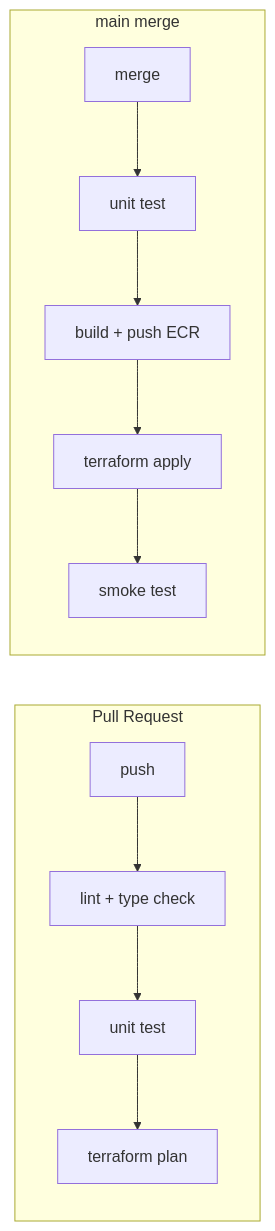
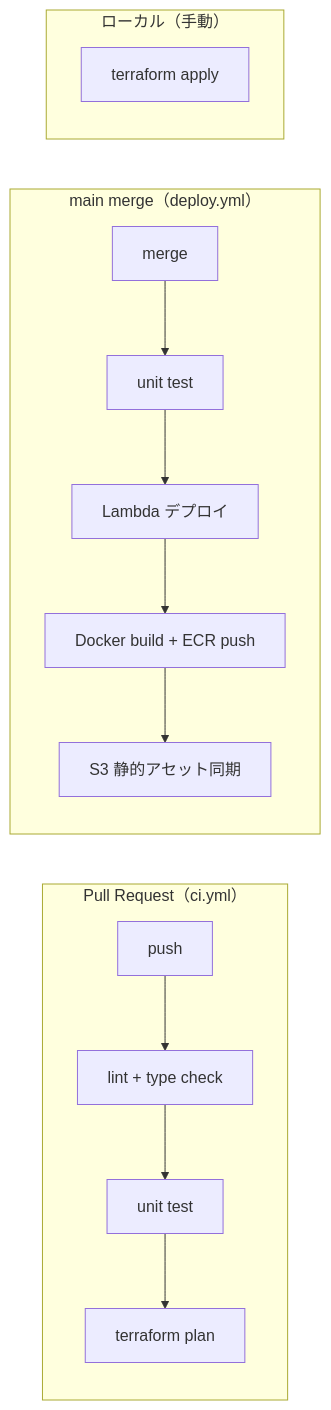
The fourth of 4 diagrams in docs/architecture.md (Shintaro-Abe/ai-papers-digest), drawn with Mermaid before and after one commit. The commit also changed other lines of this file, not shown here.

Commit message:
docs: update CI/CD section to reflect terraform removal from deploy
- Remove terraform apply from deploy workflow diagram
- Add local (manual) terraform apply to Mermaid diagram
- Explain terraform local backend rationale for not using CI/CD apply
- Update deploy strategy table accordingly

````diff
--- a/docs/architecture.md
+++ b/docs/architecture.md
@@ -571,15 +571,19 @@
 ```mermaid
 graph LR
-    subgraph "Pull Request"
+    subgraph "Pull Request（ci.yml）"
         A[push] --> B[lint + type check]
         B --> C[unit test]
         C --> D[terraform plan]
     end
 
-    subgraph "main merge"
+    subgraph "main merge（deploy.yml）"
         E[merge] --> F[unit test]
-        F --> G[build + push ECR]
-        G --> H[terraform apply]
-        H --> I[smoke test]
+        F --> G[Lambda デプロイ]
+        G --> H[Docker build + ECR push]
+        H --> I[S3 静的アセット同期]
+    end
+
+    subgraph "ローカル（手動）"
+        J[terraform apply]
     end
 ```
````
